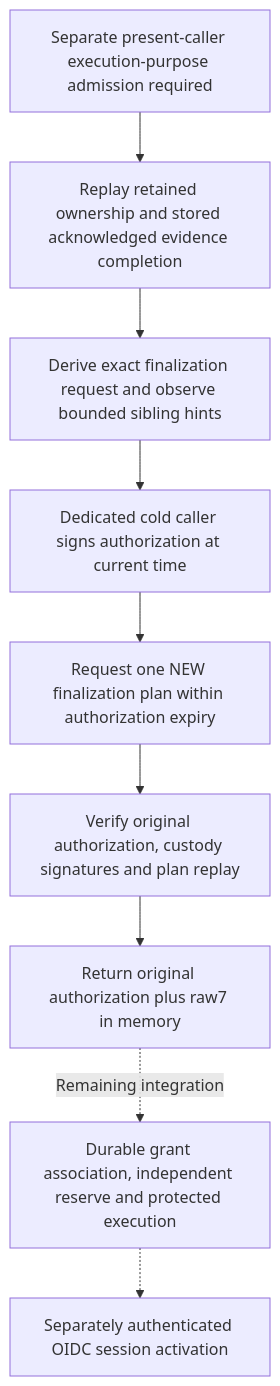
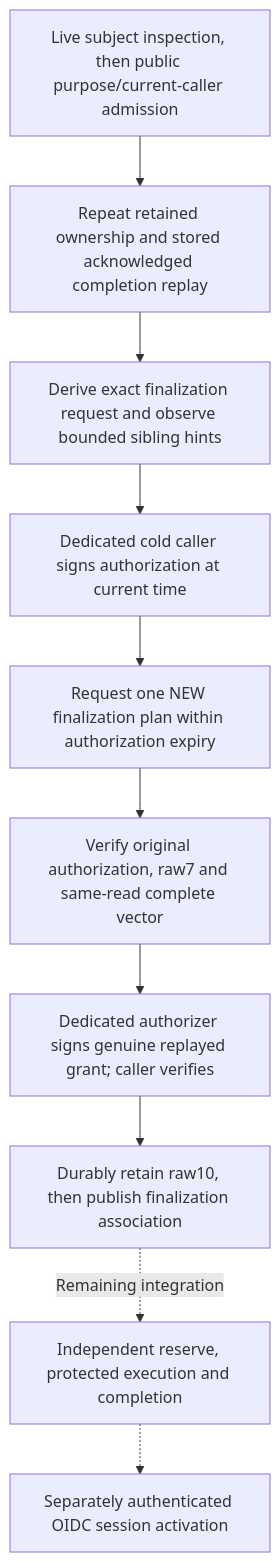
The diagram in docs/control-plane-finalization-execution.md (AndrewMohawk/catchplate), drawn with Mermaid before and after one commit. The commit also changed other lines of this file and 37 other files, not shown here.

Commit message:
Connect finalization grant service, same-read roots and explicit durable preparation

````diff
--- a/docs/control-plane-finalization-execution.md
+++ b/docs/control-plane-finalization-execution.md
@@ -17,11 +20,12 @@
 ```mermaid
 flowchart TD
-    A["Separate present-caller execution-purpose admission required"] --> B["Replay retained ownership and stored acknowledged evidence completion"]
+    A["Live subject inspection, then public purpose/current-caller admission"] --> B["Repeat retained ownership and stored acknowledged completion replay"]
     B --> C["Derive exact finalization request and observe bounded sibling hints"]
     C --> D["Dedicated cold caller signs authorization at current time"]
     D --> E["Request one NEW finalization plan within authorization expiry"]
-    E --> F["Verify original authorization, custody signatures and plan replay"]
-    F --> G["Return original authorization plus raw7 in memory"]
-    G -. "Remaining integration" .-> H["Durable grant association, independent reserve and protected execution"]
-    H -.-> I["Separately authenticated OIDC session activation"]
+    E --> F["Verify original authorization, raw7 and same-read complete vector"]
+    F --> G["Dedicated authorizer signs genuine replayed grant; caller verifies"]
+    G --> H["Durably retain raw10, then publish finalization association"]
+    H -. "Remaining integration" .-> I["Independent reserve, protected execution and completion"]
+    I -.-> J["Separately authenticated OIDC session activation"]
 ```
````
